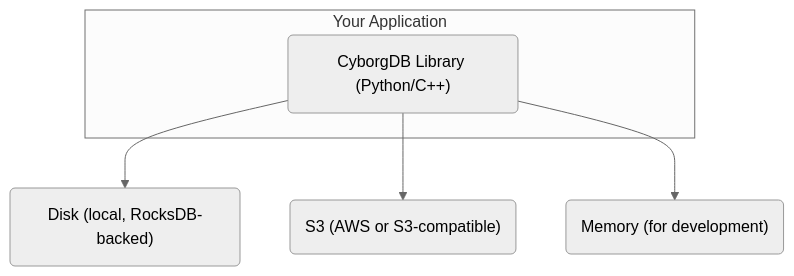
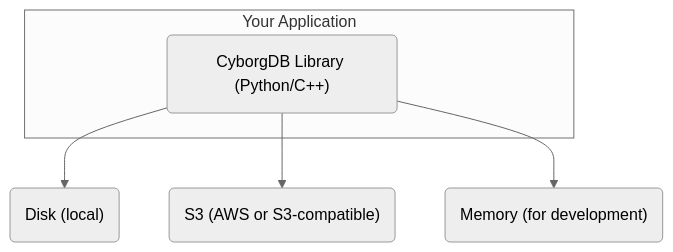
Before and after one commit to cyborginc/cyborgdb-docs: the diagram in versions/v0.17.x/embedded/guides/intro/about.mdx, drawn with Mermaid (neutral theme). The commit also changed 37 other files, not shown here.

````diff
--- a/versions/v0.17.x/embedded/guides/intro/about.mdx
+++ b/versions/v0.17.x/embedded/guides/intro/about.mdx
@@ -47,10 +47,10 @@
 ```mermaid
 flowchart TB
   subgraph Your_Applications [Your Application]
     Library("CyborgDB Library (Python/C++)")
   end
 
-  Library --> Disk("Disk (local, RocksDB-backed)")
+  Library --> Disk("Disk (local)")
   Library --> S3("S3 (AWS or S3-compatible)")
   Library --> Memory("Memory (for development)")
 ```
````
